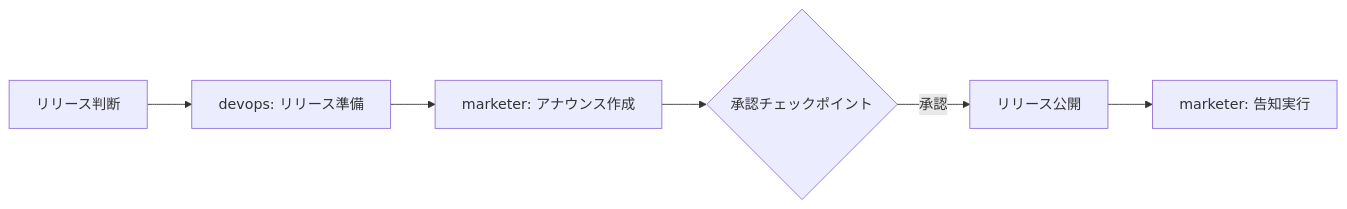
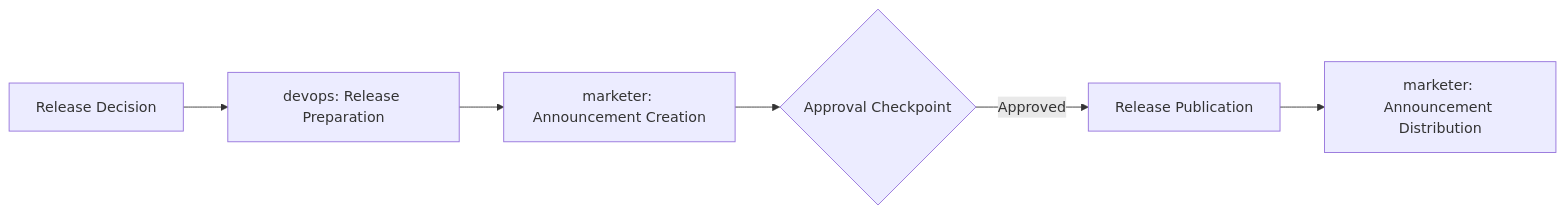
The fourth of 6 diagrams in .kiro/steering/agent-workflows.md (kato83/mayu), drawn with Mermaid before and after one commit. The commit also changed other lines of this file and 12 other files, not shown here.

````diff
--- a/.kiro/steering/agent-workflows.md
+++ b/.kiro/steering/agent-workflows.md
@@ -289,8 +292,8 @@
 ```mermaid
 graph LR
-    A[リリース判断] --> B[devops: リリース準備]
-    B --> C[marketer: アナウンス作成]
-    C --> D{承認チェックポイント}
-    D -->|承認| E[リリース公開]
-    E --> F[marketer: 告知実行]
+    A[Release Decision] --> B[devops: Release Preparation]
+    B --> C[marketer: Announcement Creation]
+    C --> D{Approval Checkpoint}
+    D -->|Approved| E[Release Publication]
+    E --> F[marketer: Announcement Distribution]
 ```
````
